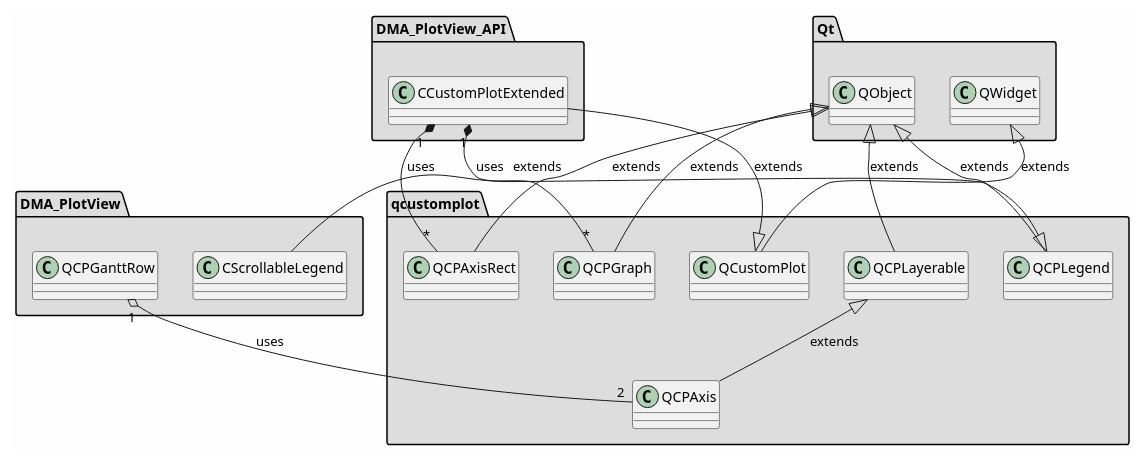
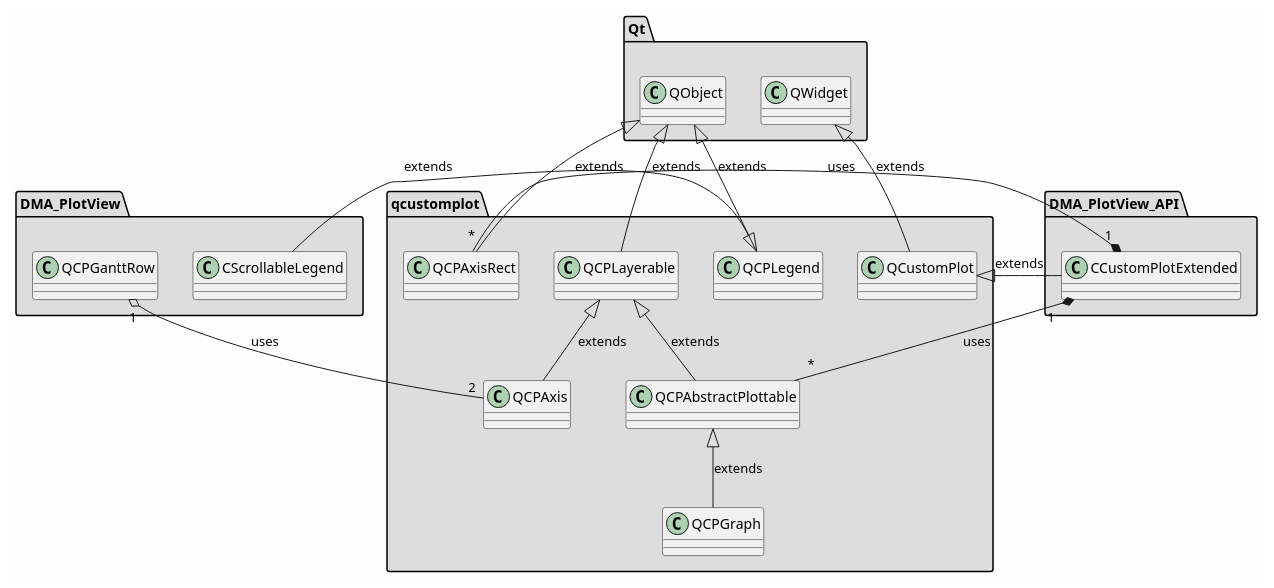
One commit to svlad-90/DLT-Message-Analyzer changed the diagram in md/dev_docs/puml/qcustomplot.puml. Above: the diagram before and after it, drawn with PlantUML. The commit also changed 83 other files, not shown here.

```diff
--- a/md/dev_docs/puml/qcustomplot.puml
+++ b/md/dev_docs/puml/qcustomplot.puml
@@ -2,84 +2,89 @@
 @startuml
 
 skinparam backgroundColor #FEFEFE
 skinparam wrapWidth 600
 package "DMA_PlotView" #DDDDDD
 {
 
 class "CScrollableLegend"
 {
 }
 
 class "QCPGanttRow"
 {
 }
 
 }
 
 package "DMA_PlotView_API" #DDDDDD
 {
 
 class "CCustomPlotExtended"
 {
 }
 
 }
 
 package "Qt" #DDDDDD
 {
 
 class "QObject"
 {
 }
 
 class "QWidget"
 {
 }
 
 }
 
 package "qcustomplot" #DDDDDD
 {
 
+class "QCPAbstractPlottable"
+{
+}
+
 class "QCPAxis"
 {
 }
 
 class "QCPAxisRect"
 {
 }
 
 class "QCPGraph"
 {
 }
 
 class "QCPLayerable"
 {
 }
 
 class "QCPLegend"
 {
 }
 
 class "QCustomPlot"
 {
 }
 
 }
 
 '====================Inheritance section====================
 QCPLegend <|-- CScrollableLegend : extends
 QCustomPlot <|-- CCustomPlotExtended : extends
+QCPLayerable <|-- QCPAbstractPlottable : extends
 QCPLayerable <|-- QCPAxis : extends
 QObject <|-- QCPAxisRect : extends
-QObject <|-- QCPGraph : extends
+QCPAbstractPlottable <|-- QCPGraph : extends
 QObject <|-- QCPLayerable : extends
 QObject <|-- QCPLegend : extends
 QWidget <|-- QCustomPlot : extends
 
 '====================Dependencies section====================
 QCPGanttRow "1" o-- "2" QCPAxis : uses
+CCustomPlotExtended "1" *-- "*" QCPAbstractPlottable : uses
 CCustomPlotExtended "1" *-- "*" QCPAxisRect : uses
-CCustomPlotExtended "1" *-- "*" QCPGraph : uses
 
 @enduml
```
